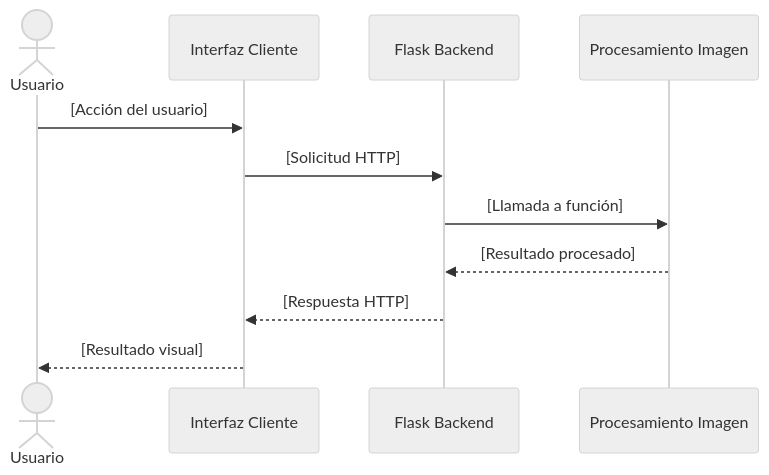
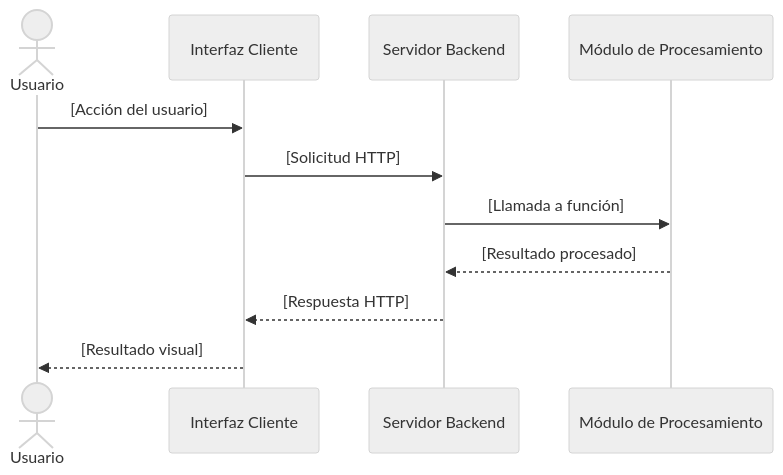
One commit to AXLAAF/SAQ_Marcos_XOOKTECH changed the second of 2 diagrams in 01-Proyecto/03-Diseño/Plantillas/Formatos/PLT-FOR_Plantilla_SDD.md. Above: the diagram before and after it, drawn with Mermaid (neutral theme). The commit also changed other lines of this file and 143 other files, not shown here.

````diff
--- a/01-Proyecto/03-Diseño/Plantillas/Formatos/PLT-FOR_Plantilla_SDD.md
+++ b/01-Proyecto/03-Diseño/Plantillas/Formatos/PLT-FOR_Plantilla_SDD.md
@@ -68,14 +68,14 @@
 ```mermaid
 sequenceDiagram
     actor Usuario
     participant UI as Interfaz Cliente
-    participant Backend as Flask Backend
-    participant Proc as Procesamiento Imagen
+    participant Backend as Servidor Backend
+    participant Proc as Módulo de Procesamiento
 
     Usuario->>UI: [Acción del usuario]
     UI->>Backend: [Solicitud HTTP]
     Backend->>Proc: [Llamada a función]
     Proc-->>Backend: [Resultado procesado]
     Backend-->>UI: [Respuesta HTTP]
     UI-->>Usuario: [Resultado visual]
 ```
````
